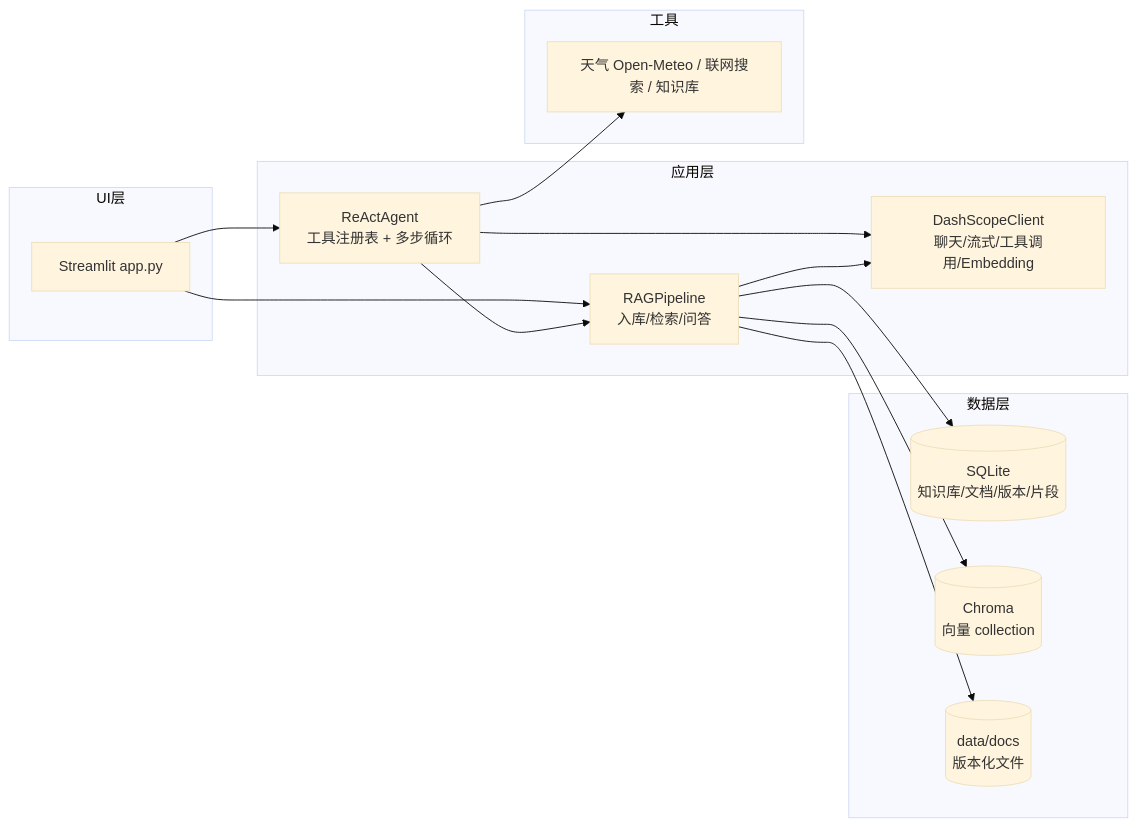
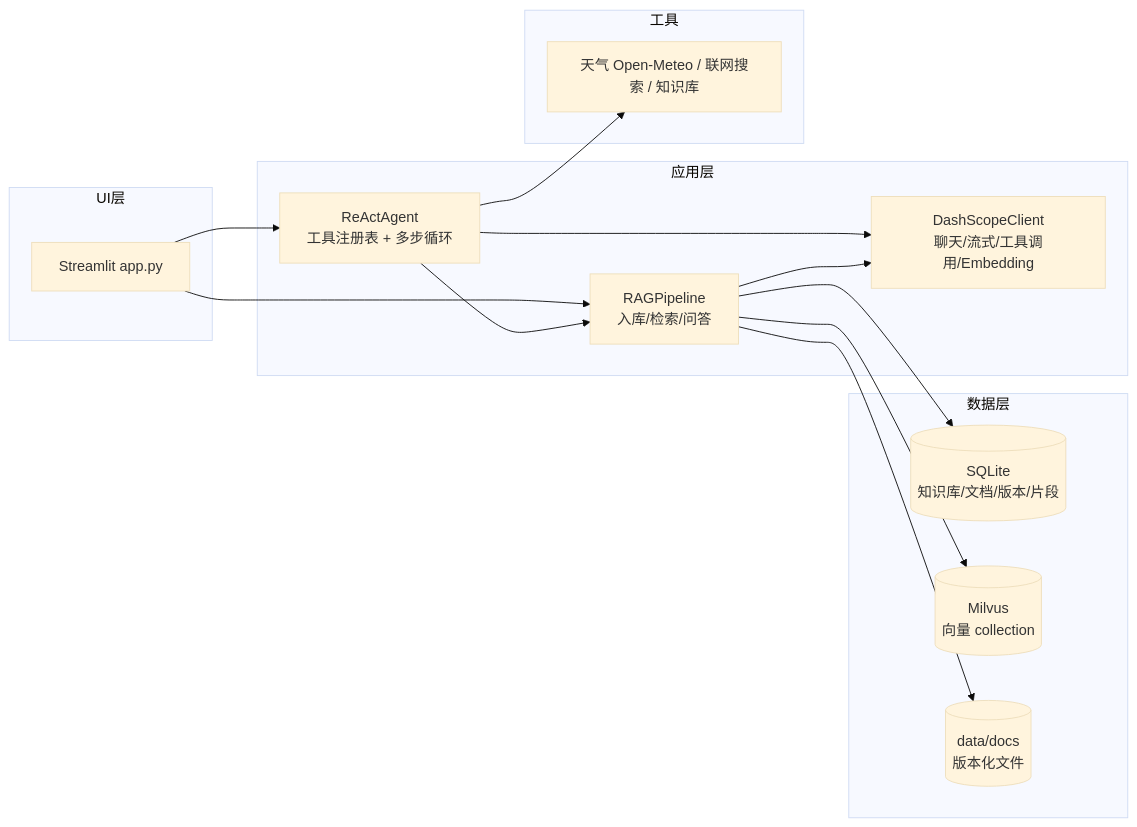
Before and after one commit to 1gjjuser1/rag-agent-assistant: the diagram in docs/ARCHITECTURE.md, drawn with Mermaid (base theme). The commit also changed other lines of this file and 132 other files, not shown here.

First line of the commit message:
feat: 向量存储切换到 Milvus（Lite 本地模式 / Docker 服务端），Chroma 保留为备选

````diff
--- a/docs/ARCHITECTURE.md
+++ b/docs/ARCHITECTURE.md
@@ -15,29 +15,29 @@
 ```mermaid
 flowchart LR
     subgraph UI层
         APP[Streamlit app.py]
     end
     subgraph 应用层
         AGENT[ReActAgent<br/>工具注册表 + 多步循环]
         RAG[RAGPipeline<br/>入库/检索/问答]
         LLM[DashScopeClient<br/>聊天/流式/工具调用/Embedding]
     end
     subgraph 数据层
         STORE[(SQLite<br/>知识库/文档/版本/片段)]
-        VEC[(Chroma<br/>向量 collection)]
+        VEC[(Milvus<br/>向量 collection)]
         FILES[(data/docs<br/>版本化文件)]
     end
     subgraph 工具
         TOOLS[天气 Open-Meteo / 联网搜索 / 知识库]
     end
 
     APP --> AGENT
     APP --> RAG
     AGENT --> LLM
     AGENT --> TOOLS
     AGENT --> RAG
     RAG --> LLM
     RAG --> STORE
     RAG --> VEC
     RAG --> FILES
 ```
````
